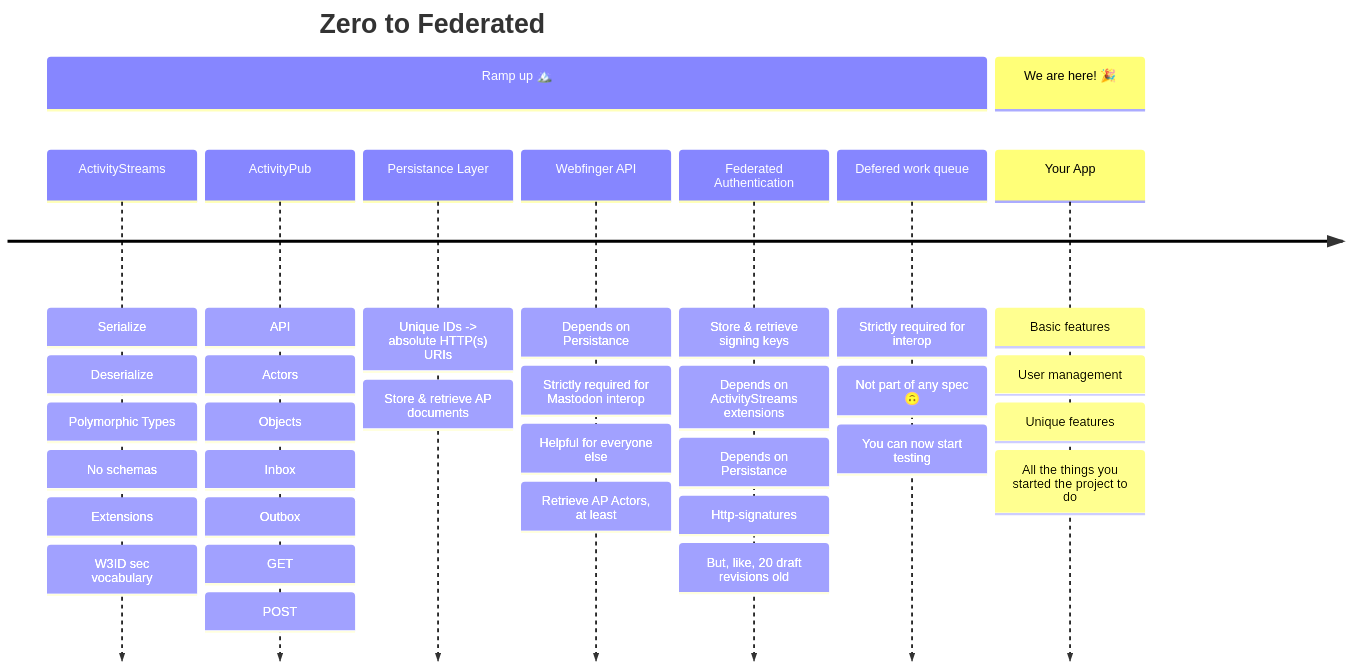
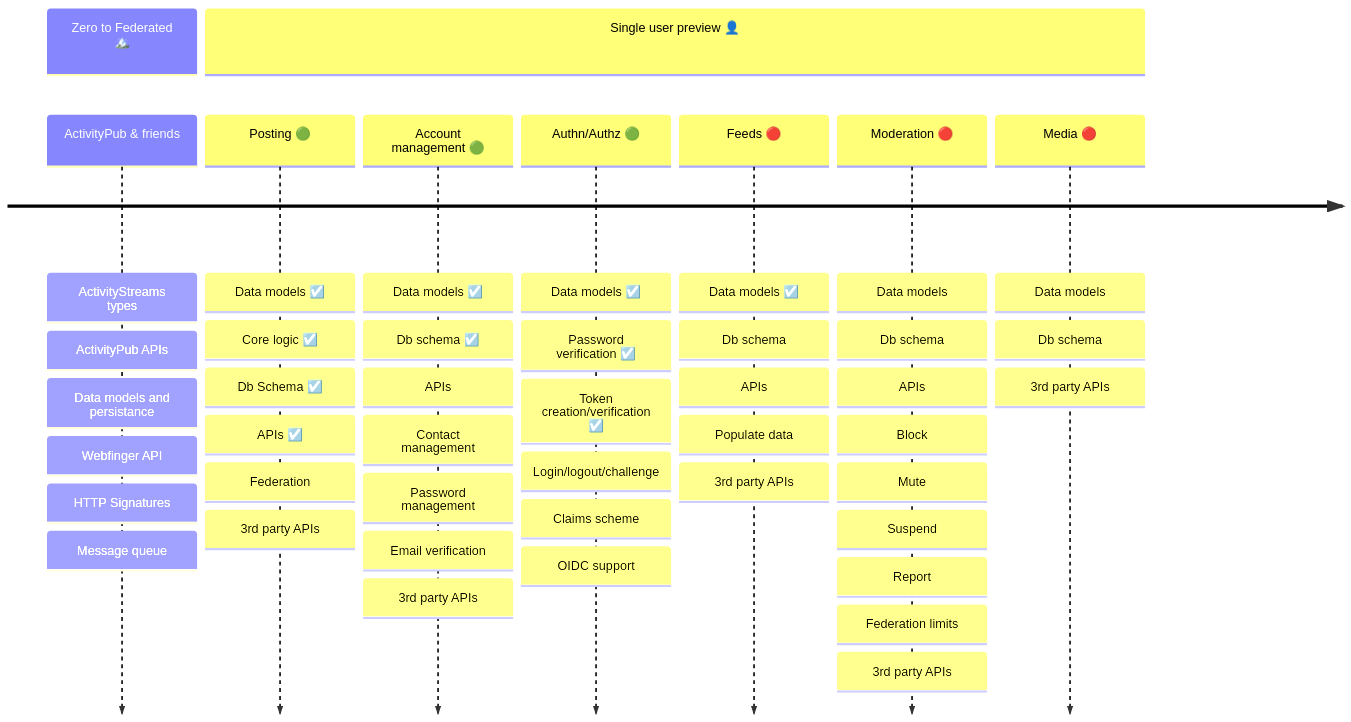
Before and after one commit to Letterbook/Letterbook: the diagram in readme.md, drawn with Mermaid. The commit also changed other lines of this file, not shown here.

Commit message:
Update roadmap
Update the roadmap timeline to be more about the future than the past.

````diff
--- a/readme.md
+++ b/readme.md
@@ -99,14 +99,13 @@
 ```mermaid
 %%{init: { 'theme': 'default' } }%%
 timeline
-    title Zero to Federated
-    section Ramp up 🏔️
-        ActivityStreams             : Serialize : Deserialize : Polymorphic Types : No schemas : Extensions : W3ID sec vocabulary
-        ActivityPub                 : API : Actors : Objects : Inbox : Outbox : GET : POST
-        Persistance Layer           : Unique IDs -> absolute HTTP(s) URIs : Store & retrieve AP documents
-        Webfinger API               : Depends on Persistance : Strictly required for Mastodon interop : Helpful for everyone else : Retrieve AP Actors, at least
-        Federated Authentication    : Store & retrieve signing keys : Depends on ActivityStreams extensions : Depends on Persistance : Http-signatures : But, like, 20 draft revisions old
-        Defered work queue          : Strictly required for interop : Not part of any spec 🙃 : You can now start testing
-    section We are here! 🎉
-        Your App                    : Basic features : User management : Unique features : All the things you started the project to do
+    section Zero to Federated 🏔️
+        ActivityPub & friends       : ActivityStreams types : ActivityPub APIs : Data models and persistance : Webfinger API : HTTP Signatures : Message queue
+    section Single user preview 👤
+        Posting 🟢                  : Data models ☑️ : Core logic ☑️ : Db Schema ☑️ : APIs ☑️ : Federation : 3rd party APIs 
+        Account management 🟢       : Data models ☑️ : Db schema ☑️ : APIs : Contact management : Password management : Email verification : 3rd party APIs 
+        Authn/Authz 🟢              : Data models ☑️ : Password verification ☑️ : Token creation/verification ☑️ : Login/logout/challenge : Claims scheme : OIDC support 
+        Feeds 🔴                    : Data models ☑️ : Db schema : APIs : Populate data : 3rd party APIs 
+        Moderation 🔴               : Data models : Db schema : APIs : Block : Mute : Suspend : Report : Federation limits : 3rd party APIs 
+        Media 🔴                    : Data models : Db schema : 3rd party APIs 
 ```
````
